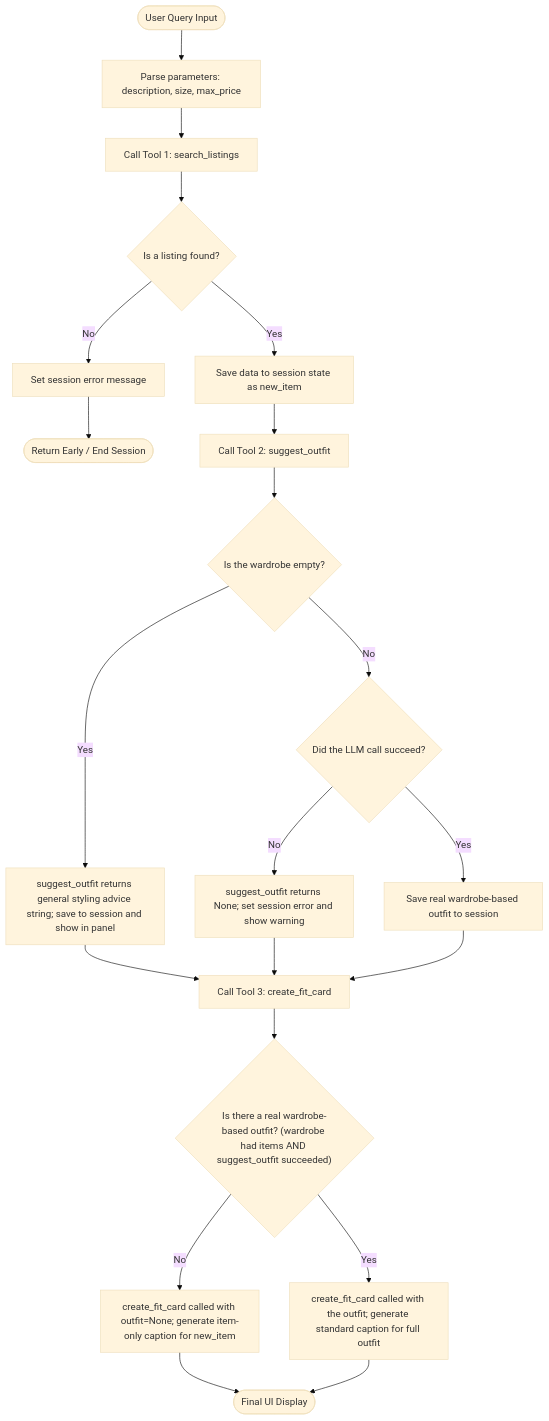
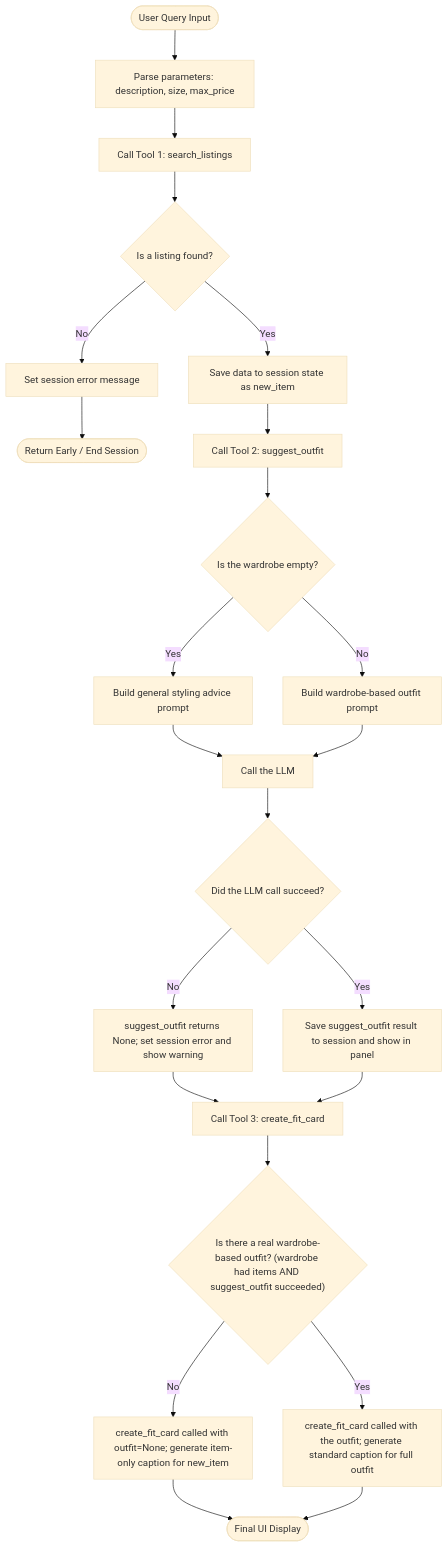
One commit to EmiEscu/ai201-project2-fitfindr-starter changed the diagram in planning.md. Above: the diagram before and after it, drawn with Mermaid (base theme).

Commit message:
E: Simply changed the decision tree to showcase LLM usage

````diff
--- a/planning.md
+++ b/planning.md
@@ -209,27 +209,31 @@
 ```mermaid
 flowchart TD
     %% Query Phase
     Start([User Query Input]) --> Parse[Parse parameters: description, size, max_price]
     Parse --> T1[Call Tool 1: search_listings]
     
     %% Decision 1: Search Results
     T1 --> Dec1{Is a listing found?}
     
     Dec1 -- No --> Err1[Set session error message] --> EndEarly([Return Early / End Session])
     
     Dec1 -- Yes --> SaveT1[Save data to session state as new_item] --> T2[Call Tool 2: suggest_outfit]
     
     %% Decision 2: Outfit Generation
     T2 --> Dec2{Is the wardrobe empty?}
-    
-    Dec2 -- Yes --> Advice["suggest_outfit returns general styling advice string; save to session and show in panel"] --> T3[Call Tool 3: create_fit_card]
-    Dec2 -- No --> Dec2b{Did the LLM call succeed?}
-    Dec2b -- No --> FailT2["suggest_outfit returns None; set session error and show warning"] --> T3
-    Dec2b -- Yes --> SaveT2[Save real wardrobe-based outfit to session] --> T3
-    
+
+    Dec2 -- Yes --> PromptA[Build general styling advice prompt]
+    Dec2 -- No --> PromptB[Build wardrobe-based outfit prompt]
+    PromptA --> LLM[Call the LLM]
+    PromptB --> LLM
+
+    LLM --> Dec2b{Did the LLM call succeed?}
+    Dec2b -- No --> FailT2["suggest_outfit returns None; set session error and show warning"] --> T3[Call Tool 3: create_fit_card]
+    Dec2b -- Yes --> SaveT2["Save suggest_outfit result to session and show in panel"] --> T3
+
     %% Decision 3: Fit Card Customization
     T3 --> Dec3{"Is there a real wardrobe-based outfit? (wardrobe had items AND suggest_outfit succeeded)"}
     
     Dec3 -- No --> Capt1["create_fit_card called with outfit=None; generate item-only caption for new_item"] --> UI([Final UI Display])
     Dec3 -- Yes --> Capt2["create_fit_card called with the outfit; generate standard caption for full outfit"] --> UI
 ```
````
